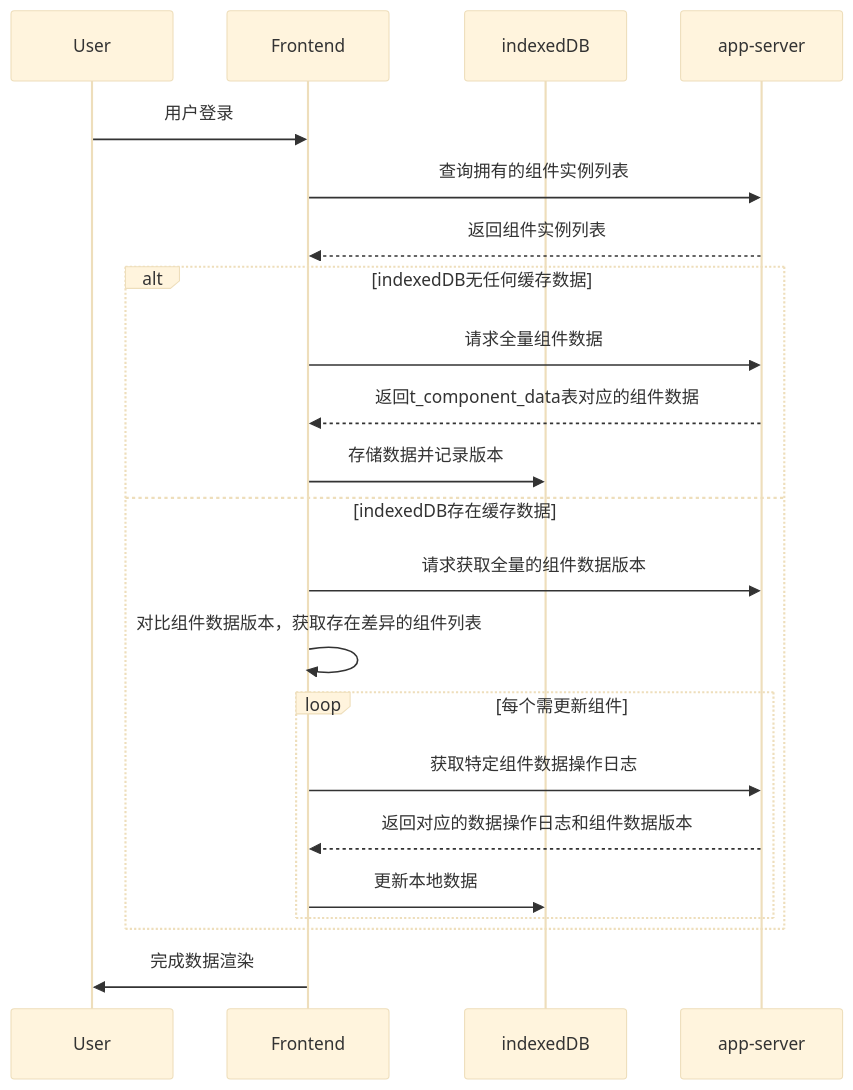
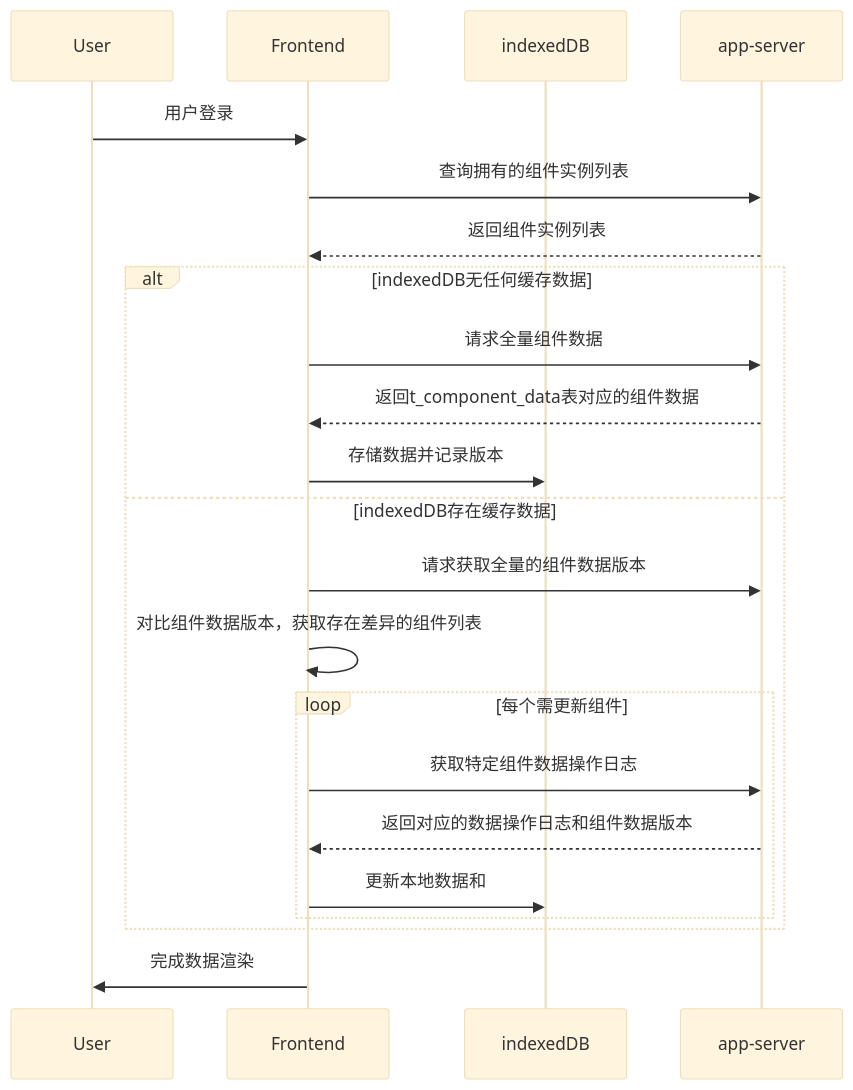
One commit to yingjianzh/iodraw-files changed the diagram in all/未命名-25.md. Above: the diagram before and after it, drawn with Mermaid (base theme).

Commit message:
2025-02-25 10:52:58 update

````diff
--- a/all/未命名-25.md
+++ b/all/未命名-25.md
@@ -1,29 +1,29 @@
 ```mermaid
 
 sequenceDiagram
     participant User
     participant Frontend
     participant indexedDB
     participant app-server
 
 
     User->>Frontend: 用户登录
     Frontend->>app-server: 查询拥有的组件实例列表
     app-server-->>Frontend: 返回组件实例列表
     
     alt indexedDB无任何缓存数据
         Frontend->>app-server: 请求全量组件数据
         app-server-->>Frontend: 返回t_component_data表对应的组件数据
         Frontend->>indexedDB: 存储数据并记录版本
     else indexedDB存在缓存数据
         Frontend->>app-server: 请求获取全量的组件数据版本
         Frontend->>Frontend: 对比组件数据版本，获取存在差异的组件列表
         loop 每个需更新组件
             Frontend->>app-server: 获取特定组件数据操作日志
             app-server-->>Frontend: 返回对应的数据操作日志和组件数据版本
-            Frontend->>indexedDB: 更新本地数据
+            Frontend->>indexedDB: 更新本地数据和
         end
     end
     Frontend->>User: 完成数据渲染
 
 ```
````
